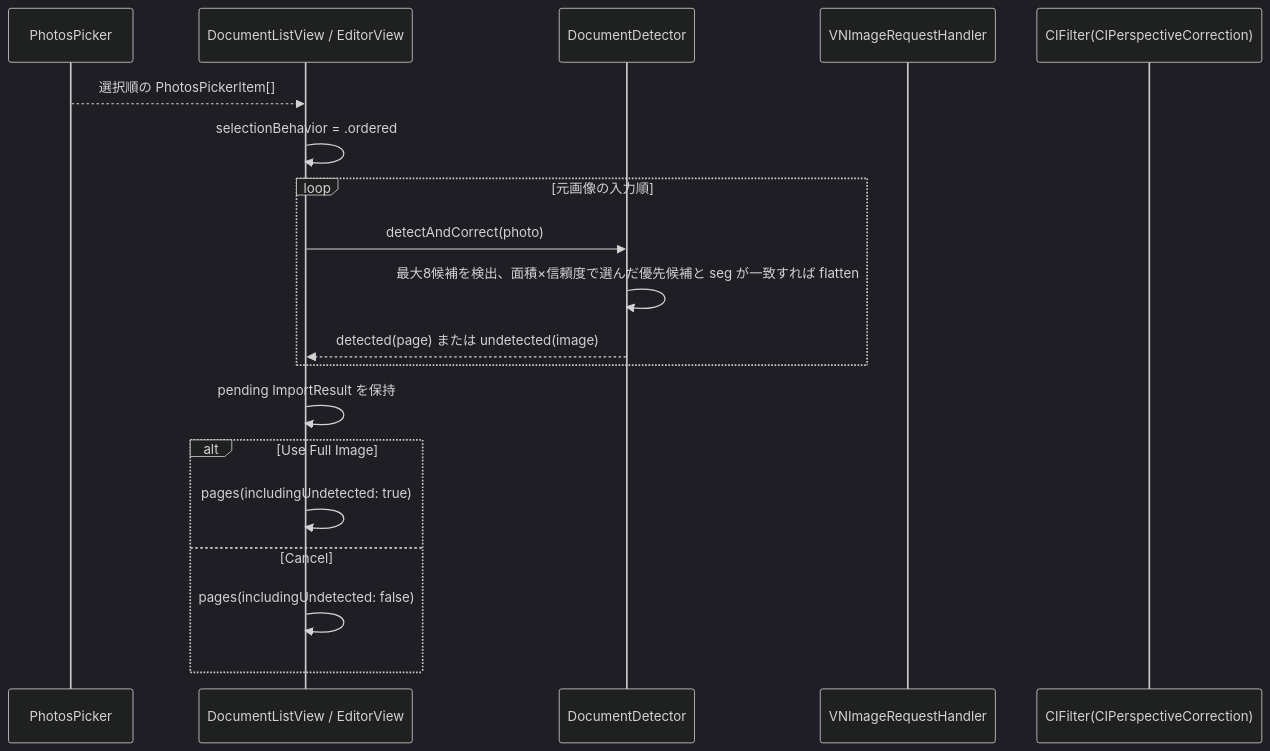
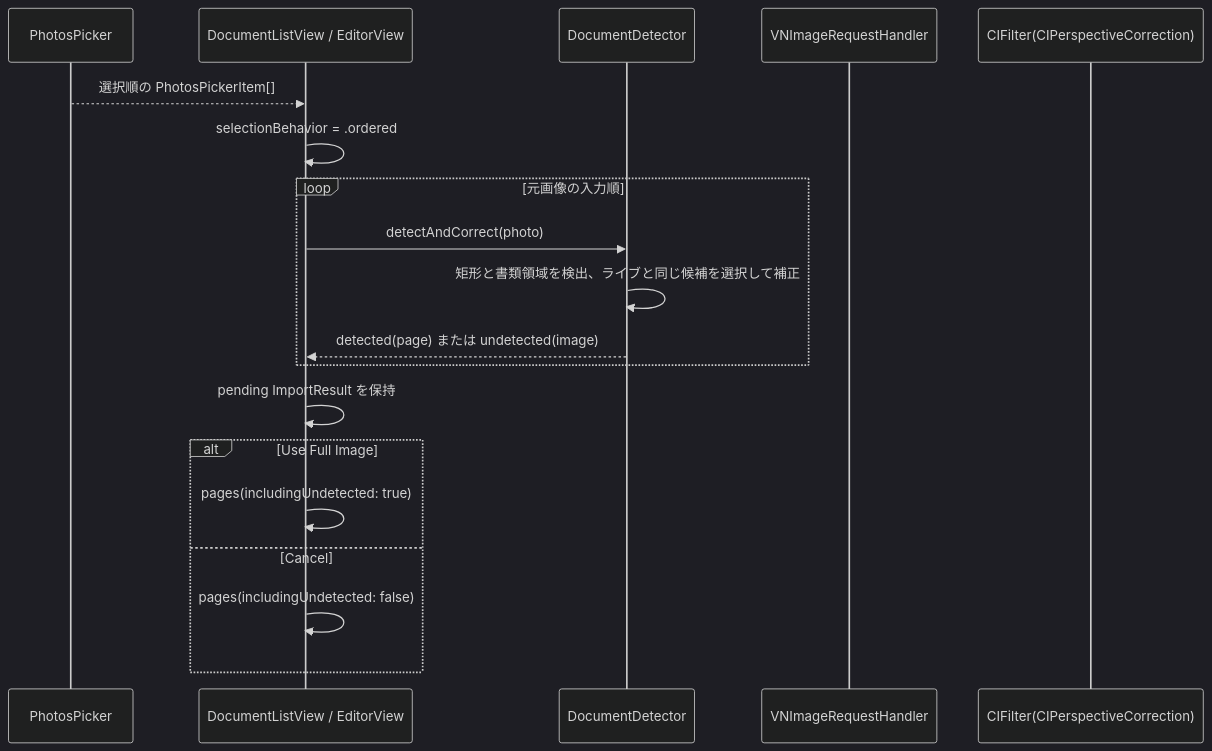
The second of 2 diagrams in DocScanner/Processing/README.md (gomurin0428/DocScanner), drawn with Mermaid (dark theme) before and after one commit. The commit also changed other lines of this file and 11 other files, not shown here.

````diff
--- a/DocScanner/Processing/README.md
+++ b/DocScanner/Processing/README.md
@@ -110,21 +111,21 @@
 ```mermaid
 sequenceDiagram
     participant Picker as PhotosPicker
     participant UI as DocumentListView / EditorView
     participant Det as DocumentDetector
     participant VN as VNImageRequestHandler
     participant CI as CIFilter(CIPerspectiveCorrection)
     Picker-->>UI: 選択順の PhotosPickerItem[]
     UI->>UI: selectionBehavior = .ordered
     loop 元画像の入力順
         UI->>Det: detectAndCorrect(photo)
-        Det->>Det: 最大8候補を検出、面積×信頼度で選んだ優先候補と seg が一致すれば flatten
+        Det->>Det: 矩形と書類領域を検出、ライブと同じ候補を選択して補正
         Det-->>UI: detected(page) または undetected(image)
     end
     UI->>UI: pending ImportResult を保持
     alt Use Full Image
         UI->>UI: pages(includingUndetected: true)
     else Cancel
         UI->>UI: pages(includingUndetected: false)
     end
 ```
````
